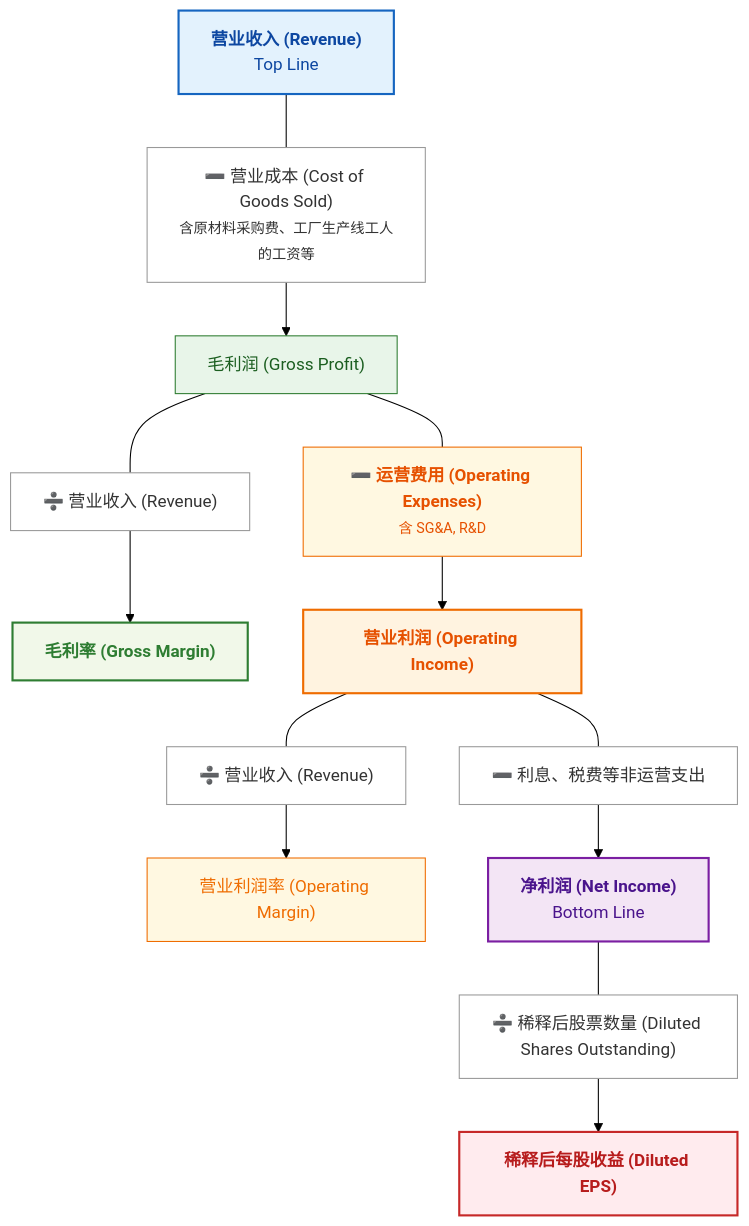
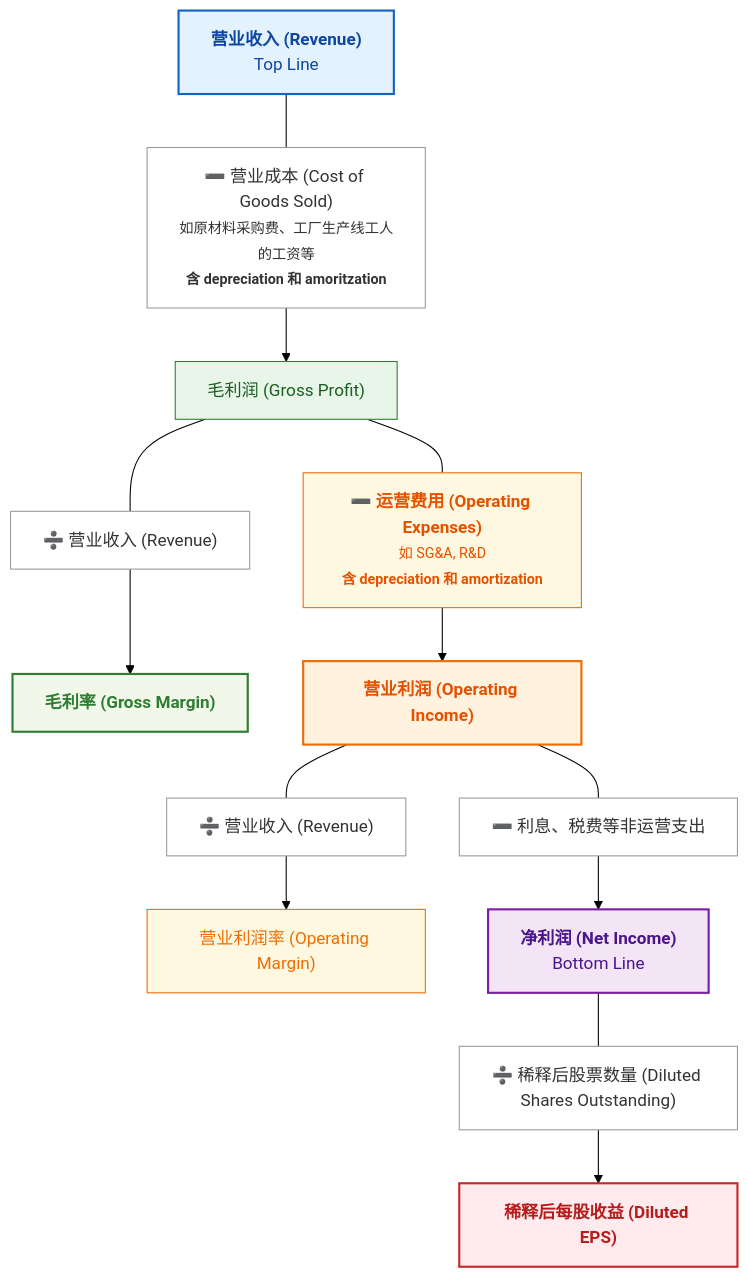
One commit to EricYoung37/stock-trading changed the second of 2 diagrams in notes.md. Above: the diagram before and after it, drawn with Mermaid (forest theme). The commit also changed other lines of this file, not shown here.

````diff
--- a/notes.md
+++ b/notes.md
@@ -101,63 +113,63 @@
 ```mermaid
 graph TD
     Rev["<b>营业收入 (Revenue)</b><br/>Top Line"] 
     
-    COGS["➖ 营业成本 (Cost of Goods Sold)<br/><small>含原材料采购费、工厂生产线工人的工资等</small>"]
+    COGS["➖ 营业成本 (Cost of Goods Sold)<br/><small>如原材料采购费、工厂生产线工人的工资等<br/><b>含 depreciation 和 amoritzation</b></small>"]
     GP["毛利润 (Gross Profit)"]
     
     GMCalc["➗ 营业收入 (Revenue)"]
     GM["<b>毛利率 (Gross Margin)</b>"]
     
-    Opex["<b>➖ 运营费用 (Operating Expenses)</b><br/><small>含 SG&A, R&D</small>"]
+    Opex["<b>➖ 运营费用 (Operating Expenses)</b><br/><small>如 SG&A, R&D<br/><b>含 depreciation 和 amortization</b></small>"]
     OI["<b>营业利润 (Operating Income)</b>"]
     
     OMCalc["➗ 营业收入 (Revenue)"]
     OM["营业利润率 (Operating Margin)"]
     
     NonOp["➖ 利息、税费等非运营支出"]
     NI["<b>净利润 (Net Income)</b><br/>Bottom Line"]
     
     Shares["➗ 稀释后股票数量 (Diluted Shares Outstanding)"]
     EPS["<b>稀释后每股收益 (Diluted EPS)</b>"]
 
     %% Revenue → Gross Profit
     Rev --- COGS --> GP
 
     %% Gross Profit → Gross Margin
     GP --- GMCalc --> GM
     
     %% Gross Profit → Operating Income
     GP --- Opex --> OI
 
     %% Operating Income → Operating Margin
     OI --- OMCalc --> OM
     
     %% Operating Income → Net Income
     OI --- NonOp --> NI
     
     %% Net Income → EPS
     NI --- Shares --> EPS
 
     %% Core metrics
     style Rev fill:#E3F2FD,stroke:#1565C0,stroke-width:2px,color:#0D47A1
     
     style GP fill:#E8F5E9,stroke:#2E7D32,stroke-width:1px,color:#1B5E20
     style GM fill:#F1F8E9,stroke:#2E7D32,stroke-width:2px,color:#2E7D32
     
     style OI fill:#FFF3E0,stroke:#EF6C00,stroke-width:2px,color:#E65100
     style OM fill:#FFF8E1,stroke:#EF6C00,stroke-width:1px,color:#EF6C00
     
     style NI fill:#F3E5F5,stroke:#7B1FA2,stroke-width:2px,color:#4A148C
     
     style EPS fill:#FFEBEE,stroke:#C62828,stroke-width:2px,color:#B71C1C
 
     %% Calculation / process boxes
     style COGS fill:#FFFFFF,stroke:#999,stroke-width:1px,color:#333
     style GMCalc fill:#FFFFFF,stroke:#999,stroke-width:1px,color:#333
     style OMCalc fill:#FFFFFF,stroke:#999,stroke-width:1px,color:#333
     style NonOp fill:#FFFFFF,stroke:#999,stroke-width:1px,color:#333
     style Shares fill:#FFFFFF,stroke:#999,stroke-width:1px,color:#333
 
     %% Important operating expense
     style Opex fill:#FFF8E1,stroke:#EF6C00,stroke-width:1px,color:#E65100
 ```
````
